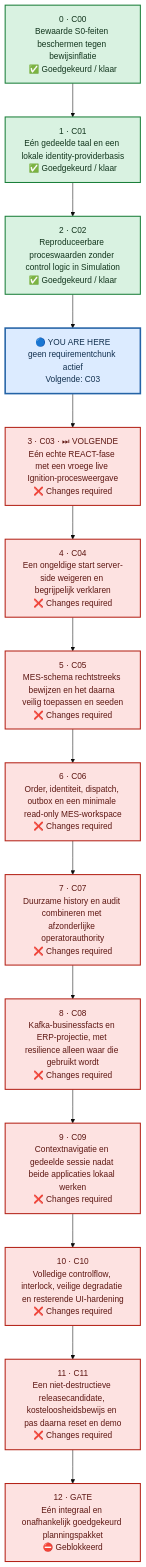
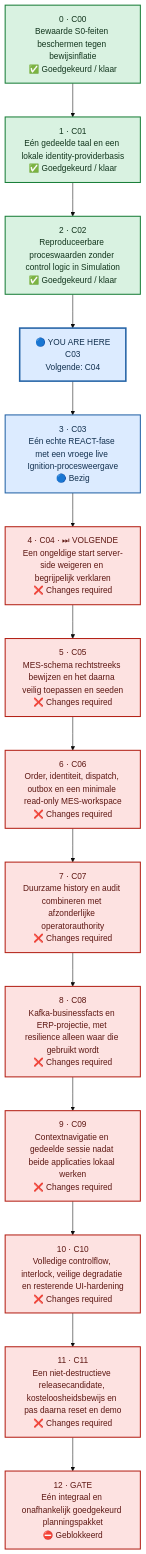
One commit to Jandesch91/n1-bioforge-requirements-cockpit changed the second of 2 diagrams in README.md. Above: the diagram before and after it, drawn with Mermaid (base theme). The commit also changed other lines of this file and 3 other files, not shown here.

````diff
--- a/README.md
+++ b/README.md
@@ -50,41 +50,41 @@
 ```mermaid
 %%{init: {"flowchart": {"curve": "linear", "nodeSpacing": 55, "rankSpacing": 65, "htmlLabels": true}}}%%
 flowchart TB
     %% One vertical lane: order is explicit and no dependency arrows cross.
     chunk_0["0 · C00<br/>Bewaarde S0-feiten beschermen tegen bewijsinflatie<br/>✅ Goedgekeurd / klaar"]
     chunk_1["1 · C01<br/>Eén gedeelde taal en een lokale identity-providerbasis<br/>✅ Goedgekeurd / klaar"]
     chunk_2["2 · C02<br/>Reproduceerbare proceswaarden zonder control logic in Simulation<br/>✅ Goedgekeurd / klaar"]
-    chunk_3["3 · C03 · ⏭ VOLGENDE<br/>Eén echte REACT-fase met een vroege live Ignition-procesweergave<br/>❌ Changes required"]
-    chunk_4["4 · C04<br/>Een ongeldige start server-side weigeren en begrijpelijk verklaren<br/>❌ Changes required"]
+    chunk_3["3 · C03<br/>Eén echte REACT-fase met een vroege live Ignition-procesweergave<br/>🔵 Bezig"]
+    chunk_4["4 · C04 · ⏭ VOLGENDE<br/>Een ongeldige start server-side weigeren en begrijpelijk verklaren<br/>❌ Changes required"]
     chunk_5["5 · C05<br/>MES-schema rechtstreeks bewijzen en het daarna veilig toepassen en seeden<br/>❌ Changes required"]
     chunk_6["6 · C06<br/>Order, identiteit, dispatch, outbox en een minimale read-only MES-workspace<br/>❌ Changes required"]
     chunk_7["7 · C07<br/>Duurzame history en audit combineren met afzonderlijke operatorauthority<br/>❌ Changes required"]
     chunk_8["8 · C08<br/>Kafka-businessfacts en ERP-projectie, met resilience alleen waar die gebruikt wordt<br/>❌ Changes required"]
     chunk_9["9 · C09<br/>Contextnavigatie en gedeelde sessie nadat beide applicaties lokaal werken<br/>❌ Changes required"]
     chunk_10["10 · C10<br/>Volledige controlflow, interlock, veilige degradatie en resterende UI-hardening<br/>❌ Changes required"]
     chunk_11["11 · C11<br/>Een niet-destructieve releasecandidate, kosteloosheidsbewijs en pas daarna reset en demo<br/>❌ Changes required"]
     chunk_12["12 · GATE<br/>Eén integraal en onafhankelijk goedgekeurd planningspakket<br/>⛔ Geblokkeerd"]
-    current_marker["🔵 YOU ARE HERE<br/>geen requirementchunk actief<br/>Volgende: C03"]
+    current_marker["🔵 YOU ARE HERE<br/>C03<br/>Volgende: C04"]
     chunk_0 --> chunk_1 --> chunk_2 --> current_marker --> chunk_3 --> chunk_4 --> chunk_5 --> chunk_6 --> chunk_7 --> chunk_8 --> chunk_9 --> chunk_10 --> chunk_11 --> chunk_12
     classDef approved fill:#D9F2E1,stroke:#1B7F3A,color:#12351D,stroke-width:2px
     classDef inprogress fill:#DCEBFF,stroke:#2463A6,color:#12304F,stroke-width:2px
     classDef human fill:#FFF2BF,stroke:#A66B00,color:#4D3300,stroke-width:2px
     classDef changes fill:#FDE2E1,stroke:#B42318,color:#5D1712,stroke-width:2px
     classDef blocked fill:#FDE2E1,stroke:#B42318,color:#5D1712,stroke-width:2px
     classDef notstarted fill:#F2F4F7,stroke:#667085,color:#344054,stroke-width:2px
     classDef current fill:#DCEBFF,stroke:#2463A6,color:#12304F,stroke-width:3px
     class chunk_0 approved
     class chunk_1 approved
     class chunk_2 approved
-    class chunk_3 changes
+    class chunk_3 inprogress
     class chunk_4 changes
     class chunk_5 changes
     class chunk_6 changes
     class chunk_7 changes
     class chunk_8 changes
     class chunk_9 changes
     class chunk_10 changes
     class chunk_11 changes
     class chunk_12 blocked
     class current_marker current
 ```
````
